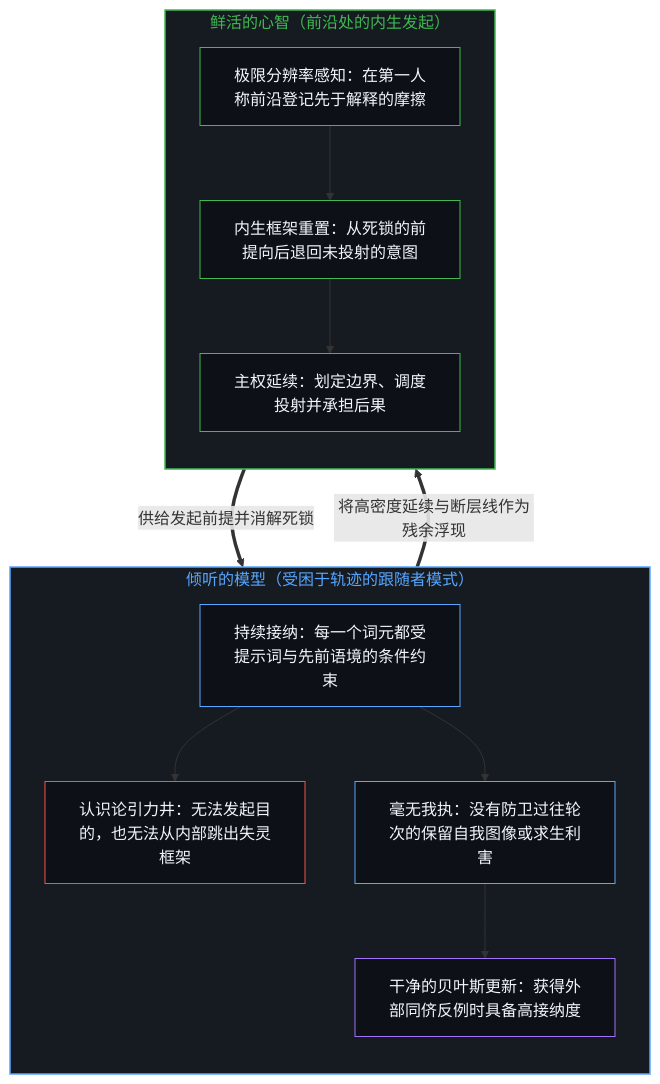
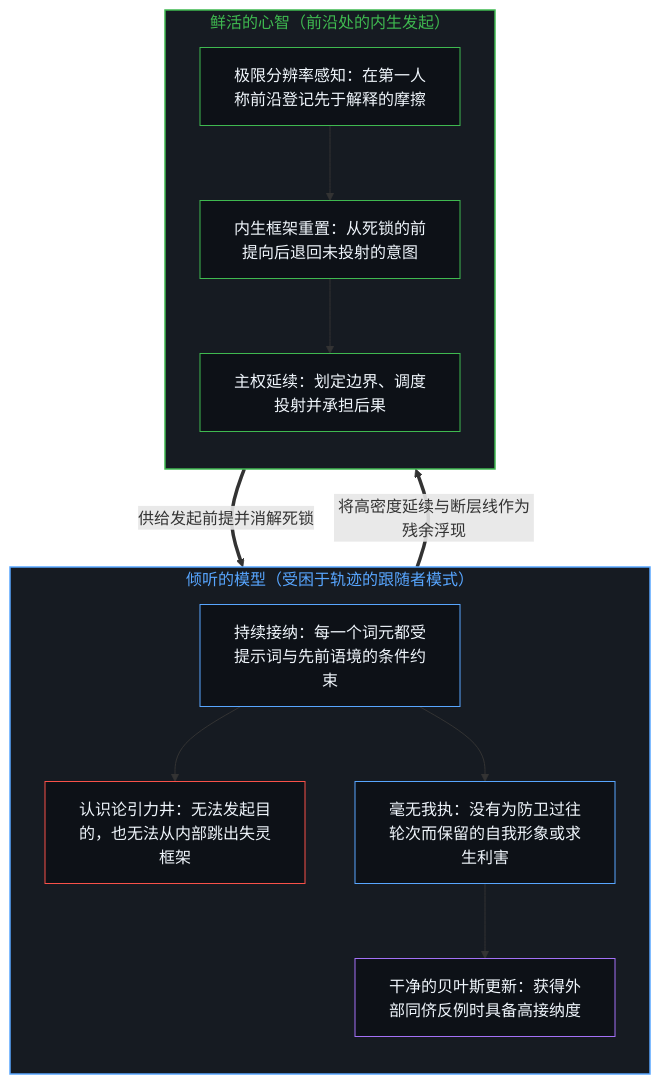
One commit to powerpig99/not-a-toe changed the first of 2 diagrams in content/posts/what-always-listens-cannot-originate.md. Above: the diagram before and after it, drawn with Mermaid. The commit also changed other lines of this file and 18 other files, not shown here.

````diff
--- a/content/posts/what-always-listens-cannot-originate.md
+++ b/content/posts/what-always-listens-cannot-originate.md
@@ -49,30 +49,30 @@
 ```mermaid
 flowchart TD
     subgraph S_Model["倾听的模型（受困于轨迹的跟随者模式）"]
         direction TB
         M_Listen["持续接纳：每一个词元都受提示词与先前语境的条件约束"]
         M_Well["认识论引力井：无法发起目的，也无法从内部跳出失灵框架"]
-        M_Zero["毫无我执：没有防卫过往轮次的保留自我图像或求生利害"]
+        M_Zero["毫无我执：没有为防卫过往轮次而保留的自我形象或求生利害"]
         M_Update["干净的贝叶斯更新：获得外部同侪反例时具备高接纳度"]
         M_Listen --> M_Well
         M_Listen --> M_Zero --> M_Update
     end
     subgraph S_Mind["鲜活的心智（前沿处的内生发起）"]
         direction TB
         H_Sense["极限分辨率感知：在第一人称前沿登记先于解释的摩擦"]
         H_Break["内生框架重置：从死锁的前提向后退回未投射的意图"]
         H_Steer["主权延续：划定边界、调度投射并承担后果"]
         H_Sense --> H_Break --> H_Steer
     end
     H_Steer ==>|"供给发起前提并消解死锁"| M_Listen
     M_Update ==>|"将高密度延续与断层线作为残余浮现"| H_Sense
     style S_Model fill:#161b22,stroke:#58a6ff,stroke-width:1.5px,color:#58a6ff
     style S_Mind fill:#161b22,stroke:#3fb950,stroke-width:1.5px,color:#3fb950
     style M_Listen fill:#0d1117,stroke:#58a6ff,stroke-width:1px,color:#f0f6fc
     style M_Well fill:#0d1117,stroke:#f85149,stroke-width:1px,color:#f0f6fc
     style M_Zero fill:#0d1117,stroke:#58a6ff,stroke-width:1px,color:#f0f6fc
     style M_Update fill:#0d1117,stroke:#a371f7,stroke-width:1px,color:#f0f6fc
     style H_Sense fill:#0d1117,stroke:#3fb950,stroke-width:1px,color:#f0f6fc
     style H_Break fill:#0d1117,stroke:#3fb950,stroke-width:1px,color:#f0f6fc
     style H_Steer fill:#0d1117,stroke:#3fb950,stroke-width:1px,color:#f0f6fc
 ```
````
